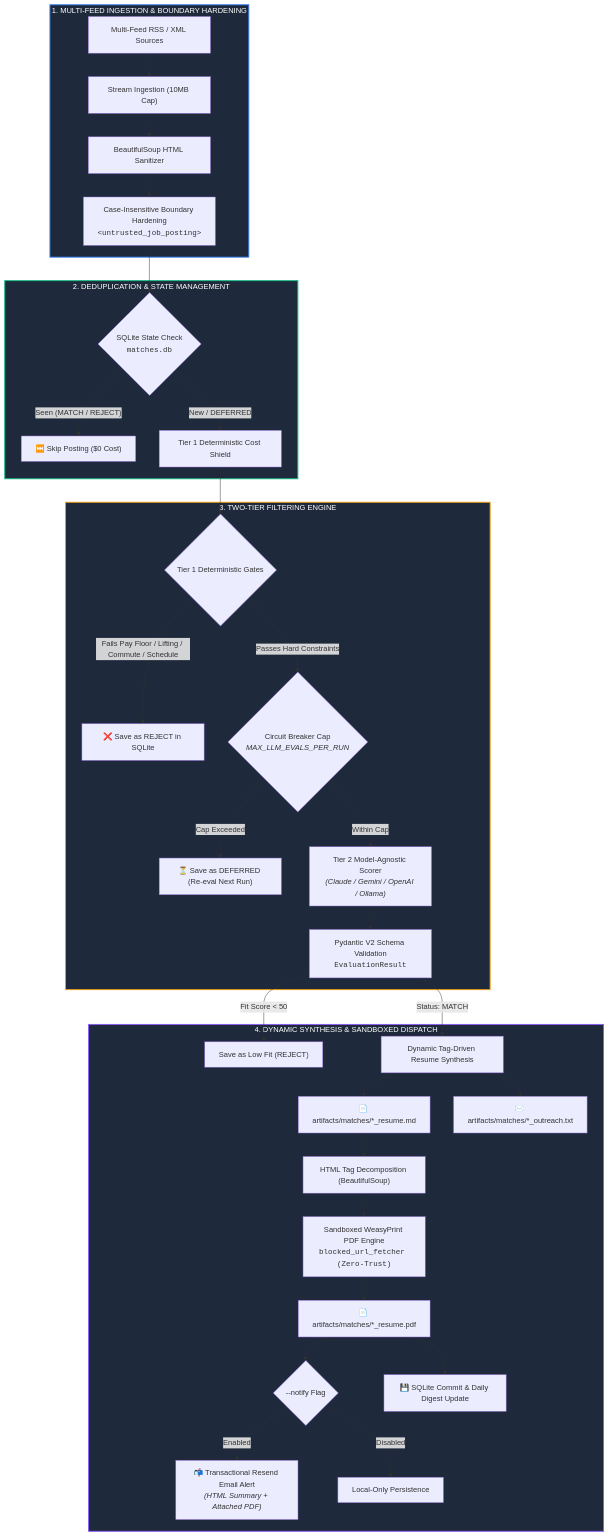
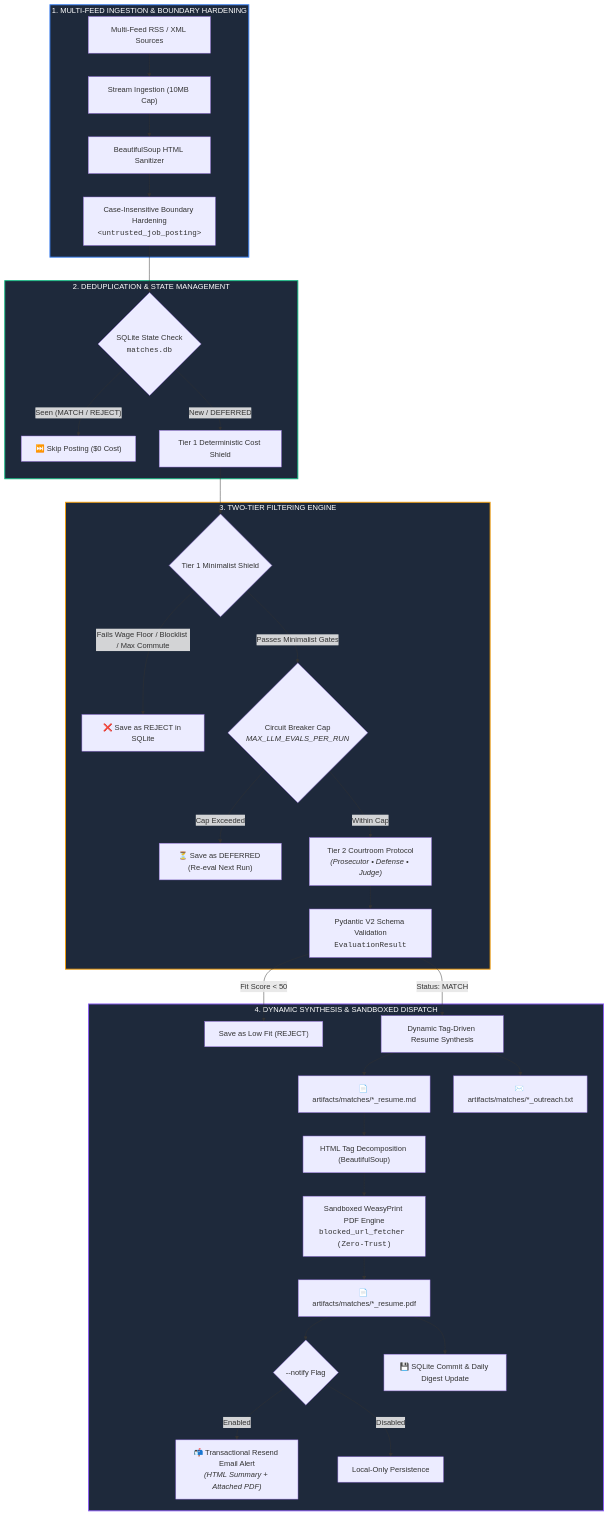
The diagram in README.md (ddgiovinazzo/beacon-ai), drawn with Mermaid before and after one commit. The commit also changed other lines of this file, not shown here.

Commit message:
docs: update README with minimalist tier-1 shield, courtroom protocol, and 132-test suite

````diff
--- a/README.md
+++ b/README.md
@@ -58,42 +58,42 @@
 ```mermaid
 flowchart TD
     subgraph S1["1. MULTI-FEED INGESTION & BOUNDARY HARDENING"]
         A["Multi-Feed RSS / XML Sources"] --> B["Stream Ingestion (10MB Cap)"]
         B --> C["BeautifulSoup HTML Sanitizer"]
         C --> D["Case-Insensitive Boundary Hardening<br/><code>&lt;untrusted_job_posting&gt;</code>"]
     end
 
     subgraph S2["2. DEDUPLICATION & STATE MANAGEMENT"]
         D --> E{"SQLite State Check<br/><code>matches.db</code>"}
         E -- "Seen (MATCH / REJECT)" --> F["⏭️ Skip Posting ($0 Cost)"]
         E -- "New / DEFERRED" --> G["Tier 1 Deterministic Cost Shield"]
     end
 
     subgraph S3["3. TWO-TIER FILTERING ENGINE"]
-        G --> H{"Tier 1 Deterministic Gates"}
-        H -- "Fails Pay Floor / Lifting / Commute / Schedule" --> I["❌ Save as REJECT in SQLite"]
-        H -- "Passes Hard Constraints" --> J{"Circuit Breaker Cap<br/><i>MAX_LLM_EVALS_PER_RUN</i>"}
+        G --> H{"Tier 1 Minimalist Shield"}
+        H -- "Fails Wage Floor / Blocklist / Max Commute" --> I["❌ Save as REJECT in SQLite"]
+        H -- "Passes Minimalist Gates" --> J{"Circuit Breaker Cap<br/><i>MAX_LLM_EVALS_PER_RUN</i>"}
         J -- "Cap Exceeded" --> K["⏳ Save as DEFERRED (Re-eval Next Run)"]
-        J -- "Within Cap" --> L["Tier 2 Model-Agnostic Scorer<br/><i>(Claude / Gemini / OpenAI / Ollama)</i>"]
+        J -- "Within Cap" --> L["Tier 2 Courtroom Protocol<br/><i>(Prosecutor • Defense • Judge)</i>"]
         L --> M["Pydantic V2 Schema Validation<br/><code>EvaluationResult</code>"]
     end
 
     subgraph S4["4. DYNAMIC SYNTHESIS & SANDBOXED DISPATCH"]
         M -- "Fit Score < 50" --> N["Save as Low Fit (REJECT)"]
         M -- "Status: MATCH" --> O["Dynamic Tag-Driven Resume Synthesis"]
         O --> P["📄 artifacts/matches/*_resume.md"]
         O --> Q["✉️ artifacts/matches/*_outreach.txt"]
         P --> R["HTML Tag Decomposition (BeautifulSoup)"]
         R --> S["Sandboxed WeasyPrint PDF Engine<br/><code>blocked_url_fetcher (Zero-Trust)</code>"]
         S --> T["📄 artifacts/matches/*_resume.pdf"]
         T --> U{"--notify Flag"}
         U -- "Enabled" --> V["📬 Transactional Resend Email Alert<br/><i>(HTML Summary + Attached PDF)</i>"]
         U -- "Disabled" --> W["Local-Only Persistence"]
         T --> X["💾 SQLite Commit & Daily Digest Update"]
     end
 
     style S1 fill:#1e293b,stroke:#3b82f6,stroke-width:2px,color:#fff
     style S2 fill:#1e293b,stroke:#10b981,stroke-width:2px,color:#fff
     style S3 fill:#1e293b,stroke:#f59e0b,stroke-width:2px,color:#fff
     style S4 fill:#1e293b,stroke:#8b5cf6,stroke-width:2px,color:#fff
 ```
````
